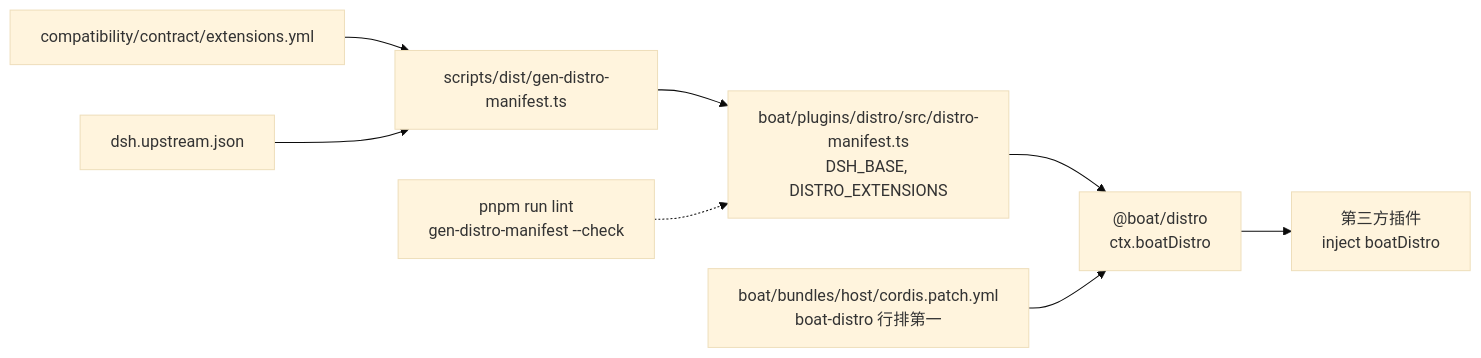
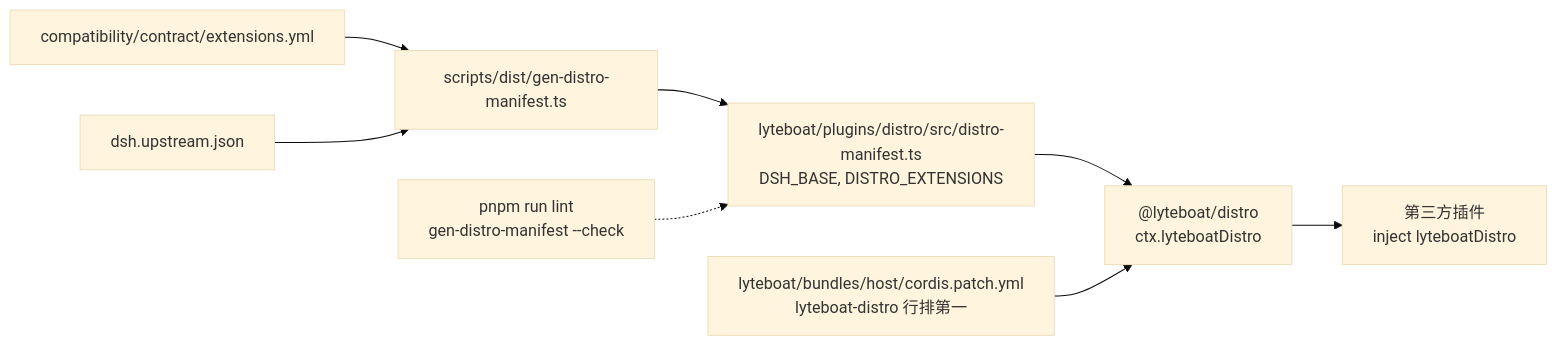
One commit to lyteboat/boat changed the sixth of 13 diagrams in docs/02-distribution.md. Above: the diagram before and after it, drawn with Mermaid (base theme). The commit also changed other lines of this file and 316 other files, not shown here.

````diff
--- a/docs/02-distribution.md
+++ b/docs/02-distribution.md
@@ -762,10 +762,10 @@
 ```mermaid
 flowchart LR
   EXT["compatibility/contract/extensions.yml"] --> GEN["scripts/dist/gen-distro-manifest.ts"]
   PIN["dsh.upstream.json"] --> GEN
-  GEN --> MAN["boat/plugins/distro/src/distro-manifest.ts<br/>DSH_BASE, DISTRO_EXTENSIONS"]
-  MAN --> SVC["@boat/distro<br/>ctx.boatDistro"]
-  HOST["boat/bundles/host/cordis.patch.yml<br/>boat-distro 行排第一"] --> SVC
-  SVC --> TP["第三方插件<br/>inject boatDistro"]
+  GEN --> MAN["lyteboat/plugins/distro/src/distro-manifest.ts<br/>DSH_BASE, DISTRO_EXTENSIONS"]
+  MAN --> SVC["@lyteboat/distro<br/>ctx.lyteboatDistro"]
+  HOST["lyteboat/bundles/host/cordis.patch.yml<br/>lyteboat-distro 行排第一"] --> SVC
+  SVC --> TP["第三方插件<br/>inject lyteboatDistro"]
   LINT["pnpm run lint<br/>gen-distro-manifest --check"] -.-> MAN
 ```
````
